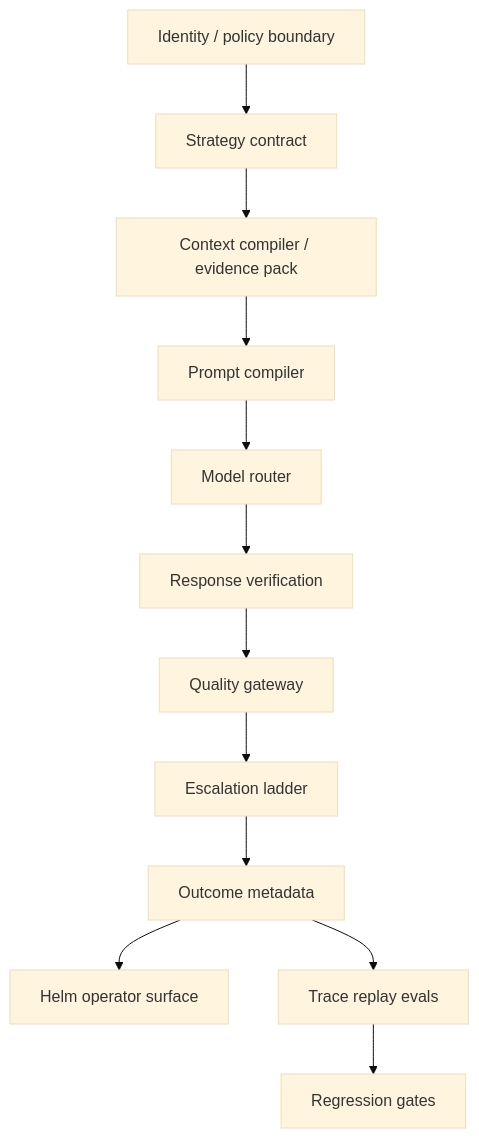
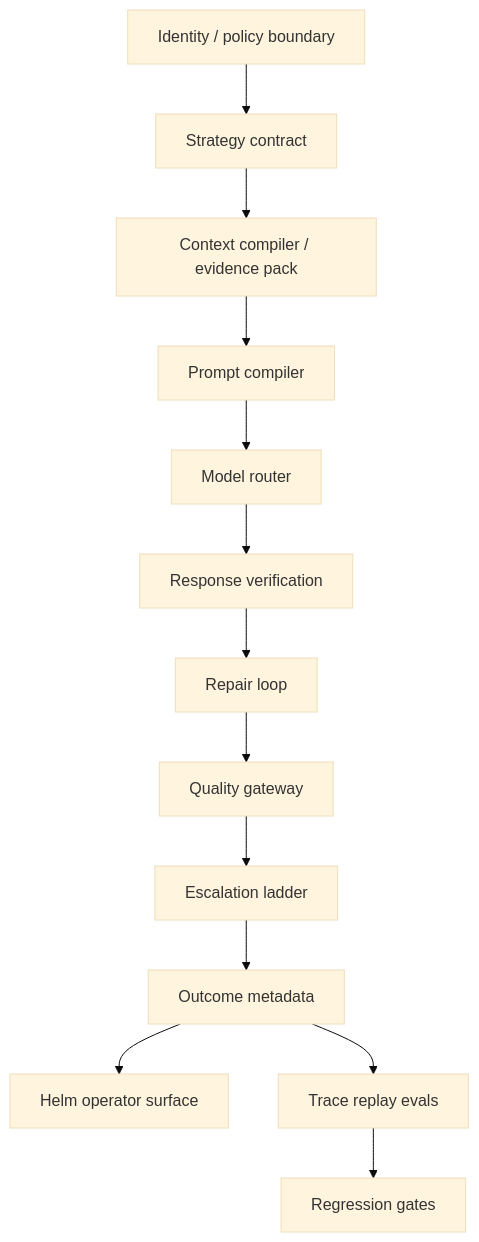
One commit to kphaas/jarvis-alpha changed the first of 2 diagrams in docs/audit/AT0_CHAT_QUALITY_ARCHITECTURE_GAP_LEDGER_2026-07-09.md. Above: the diagram before and after it, drawn with Mermaid (base theme). The commit also changed other lines of this file and 6 other files, not shown here.

````diff
--- a/docs/audit/AT0_CHAT_QUALITY_ARCHITECTURE_GAP_LEDGER_2026-07-09.md
+++ b/docs/audit/AT0_CHAT_QUALITY_ARCHITECTURE_GAP_LEDGER_2026-07-09.md
@@ -11,14 +11,15 @@
 ```mermaid
 flowchart TD
     I["Identity / policy boundary"] --> S["Strategy contract"]
     S --> C["Context compiler / evidence pack"]
     C --> P["Prompt compiler"]
     P --> R["Model router"]
     R --> V["Response verification"]
-    V --> Q["Quality gateway"]
+    V --> RL["Repair loop"]
+    RL --> Q["Quality gateway"]
     Q --> E["Escalation ladder"]
     E --> O["Outcome metadata"]
     O --> H["Helm operator surface"]
     O --> T["Trace replay evals"]
     T --> G["Regression gates"]
 ```
````
